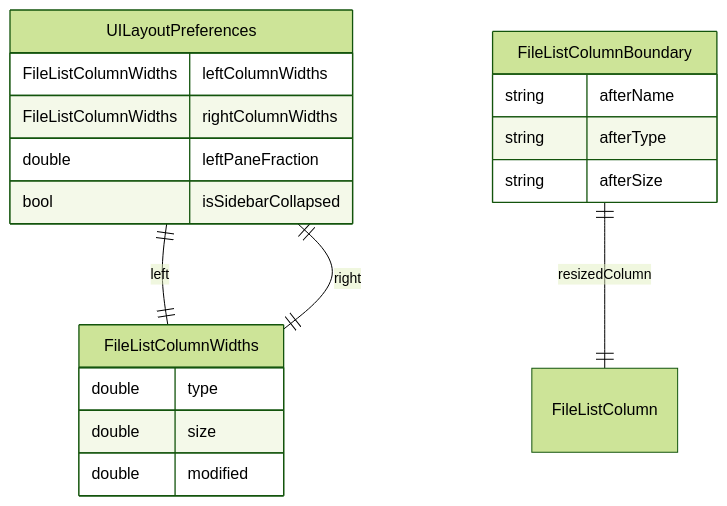
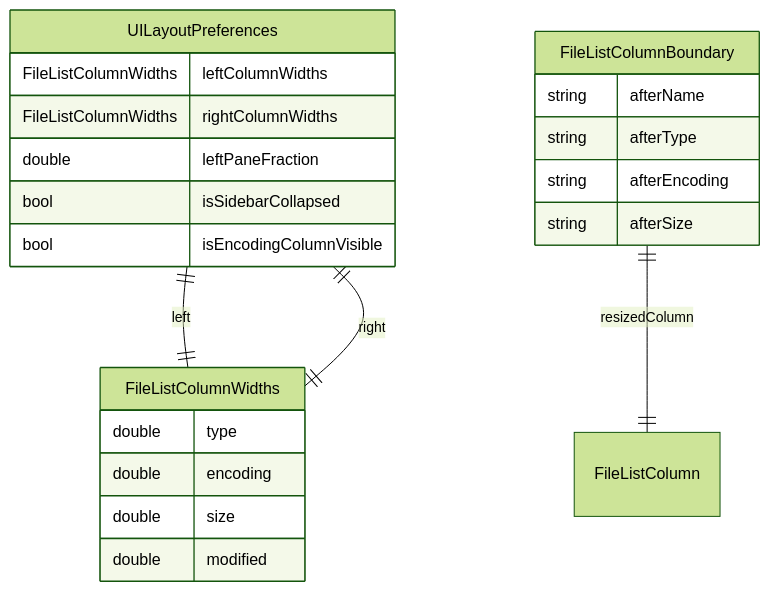
One commit to olojiang/dual_finder changed the fourth of 4 diagrams in local_docs/adjust_ui_resize.md. Above: the diagram before and after it, drawn with Mermaid (forest theme). The commit also changed other lines of this file and 6 other files, not shown here.

````diff
--- a/local_docs/adjust_ui_resize.md
+++ b/local_docs/adjust_ui_resize.md
@@ -144,22 +154,25 @@
 ```mermaid
 erDiagram
     UILayoutPreferences {
         FileListColumnWidths leftColumnWidths
         FileListColumnWidths rightColumnWidths
         double leftPaneFraction
         bool isSidebarCollapsed
+        bool isEncodingColumnVisible
     }
     FileListColumnWidths {
         double type
+        double encoding
         double size
         double modified
     }
     FileListColumnBoundary {
         string afterName
         string afterType
+        string afterEncoding
         string afterSize
     }
     UILayoutPreferences ||--|| FileListColumnWidths : left
     UILayoutPreferences ||--|| FileListColumnWidths : right
     FileListColumnBoundary ||--|| FileListColumn : resizedColumn
 ```
````
